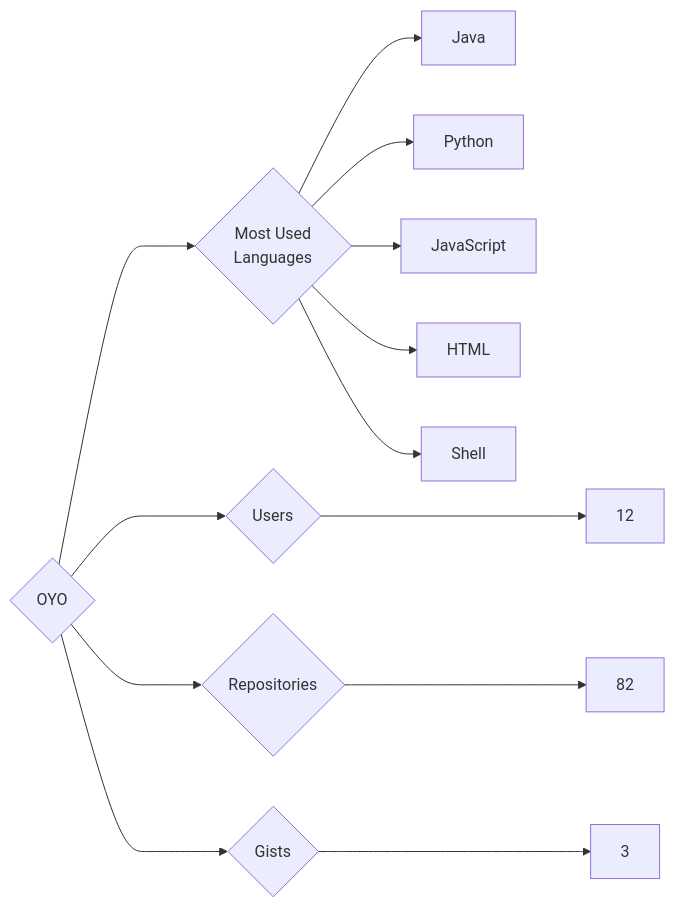
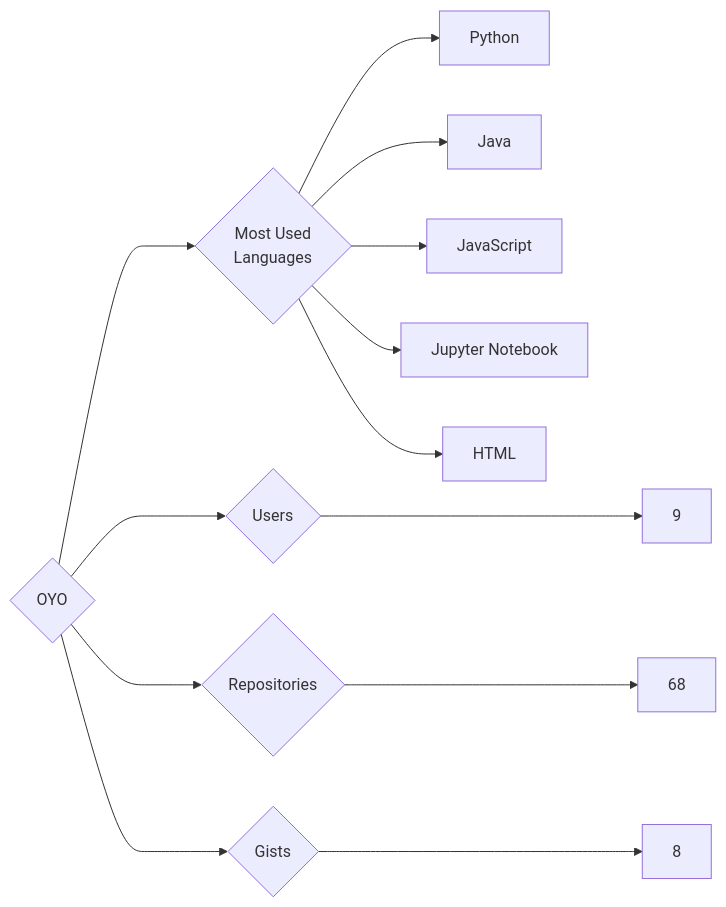
The diagram in targets/OYO/README.md (trickest/insiders), drawn with Mermaid before and after one commit. The commit also changed 1508 other files, not shown here.

````diff
--- a/targets/OYO/README.md
+++ b/targets/OYO/README.md
@@ -3,13 +3,13 @@
 ```mermaid
 graph LR
 COMPANY_NAME{OYO}
-COMPANY_NAME ---> U{Users} ---> UN[12]
-COMPANY_NAME ---> R{Repositories} ---> RN[82]
-COMPANY_NAME ---> G{Gists} ---> GN[3]
+COMPANY_NAME ---> U{Users} ---> UN[9]
+COMPANY_NAME ---> R{Repositories} ---> RN[68]
+COMPANY_NAME ---> G{Gists} ---> GN[8]
 COMPANY_NAME ---> ML{Most Used<br>Languages}
+ML --> Python[Python]
 ML --> Java[Java]
-ML --> Python[Python]
 ML --> JavaScript[JavaScript]
+ML --> Jupyter_Notebook[Jupyter Notebook]
 ML --> HTML[HTML]
-ML --> Shell[Shell]
 ```
````
